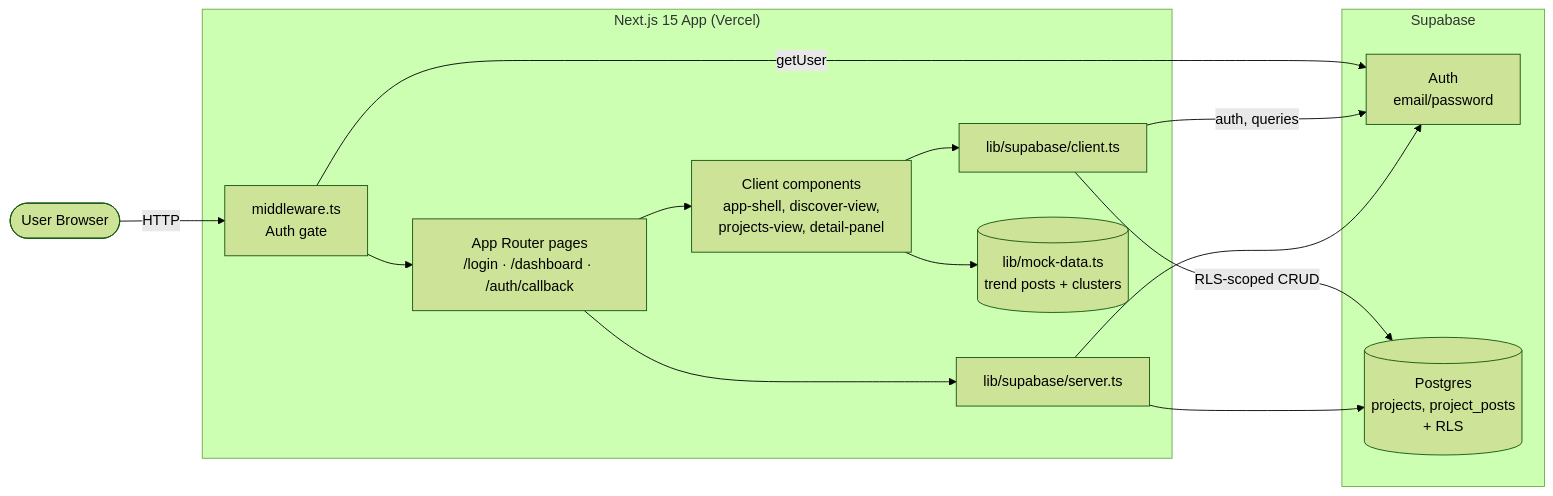
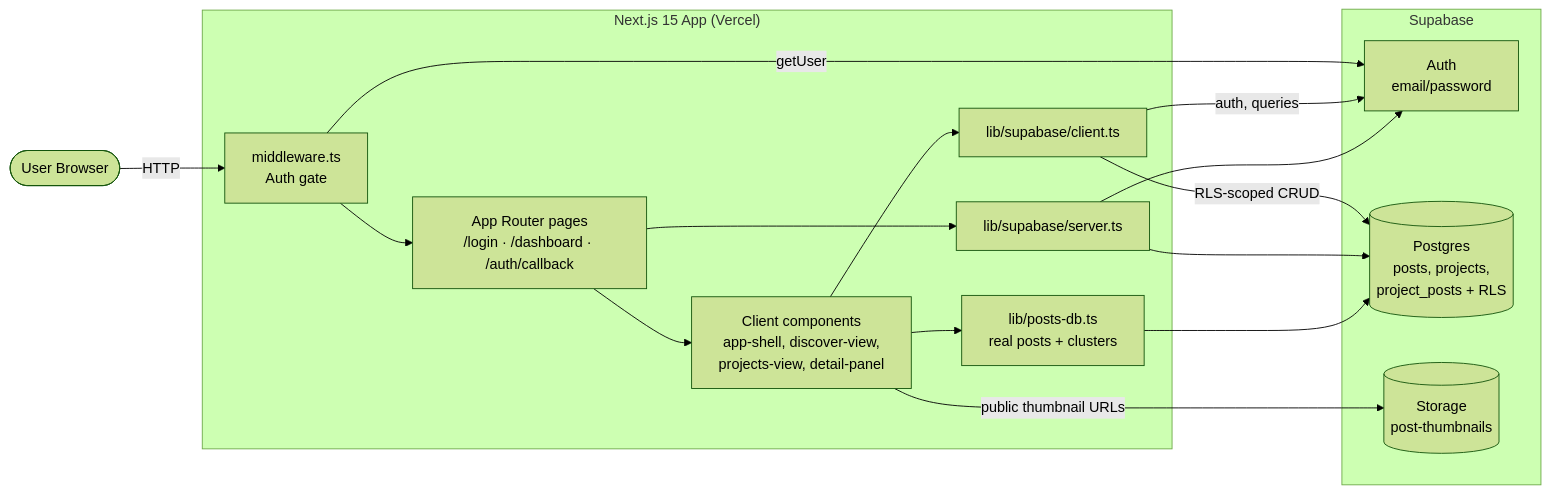
One commit to trend-cue/tc-app changed the first of 2 diagrams in README.md. Above: the diagram before and after it, drawn with Mermaid (forest theme). The commit also changed other lines of this file and 16 other files, not shown here.

````diff
--- a/README.md
+++ b/README.md
@@ -32,30 +32,33 @@
 ```mermaid
 flowchart LR
     User([User Browser])
 
     subgraph Next["Next.js 15 App (Vercel)"]
         MW[middleware.ts<br/>Auth gate]
         Pages[App Router pages<br/>/login · /dashboard · /auth/callback]
         Client[Client components<br/>app-shell, discover-view,<br/>projects-view, detail-panel]
         SBClient[lib/supabase/client.ts]
         SBServer[lib/supabase/server.ts]
-        Mock[(lib/mock-data.ts<br/>trend posts + clusters)]
+        Posts[lib/posts-db.ts<br/>real posts + clusters]
     end
 
     subgraph Supabase["Supabase"]
         Auth[Auth<br/>email/password]
-        DB[(Postgres<br/>projects, project_posts<br/>+ RLS)]
+        DB[(Postgres<br/>posts, projects,<br/>project_posts + RLS)]
+        Storage[(Storage<br/>post-thumbnails)]
     end
 
     User -->|HTTP| MW
     MW -->|getUser| Auth
     MW --> Pages
     Pages --> Client
     Client --> SBClient
     Pages --> SBServer
     SBClient -->|auth, queries| Auth
     SBClient -->|RLS-scoped CRUD| DB
     SBServer --> Auth
     SBServer --> DB
-    Client --> Mock
+    Client --> Posts
+    Posts --> DB
+    Client -->|public thumbnail URLs| Storage
 ```
````
